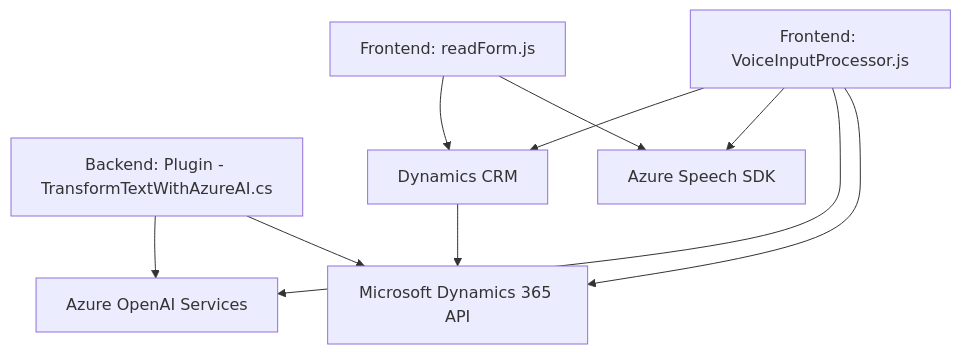
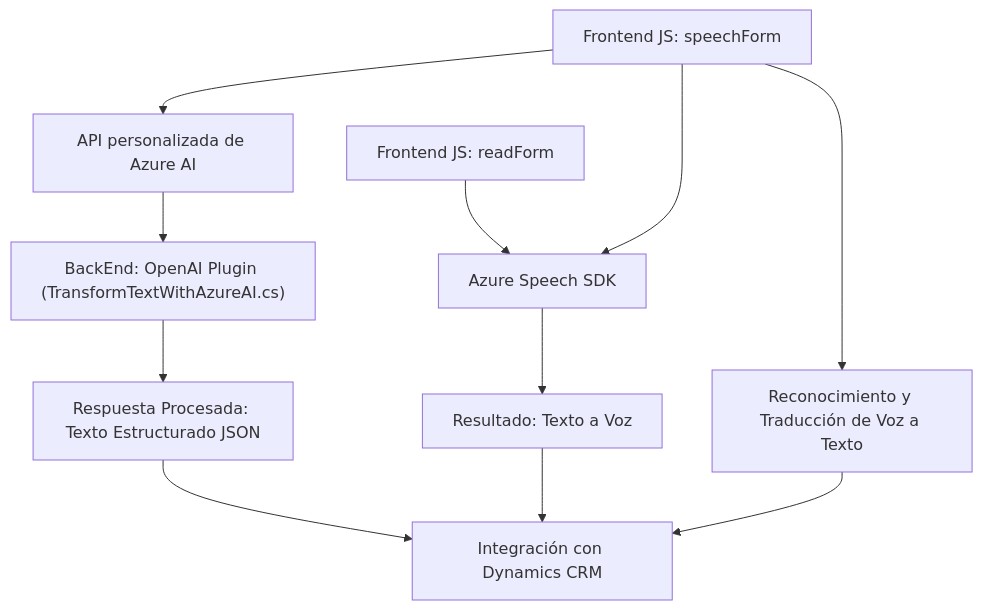
The diagram in README.md (blopezdm/NETCORE_BILBAO2025), drawn with Mermaid before and after one commit. The commit also changed other lines of this file, not shown here.

Commit message:
Actualizar análisis global de la solución con IA

````diff
--- a/README.md
+++ b/README.md
@@ -44,20 +38,13 @@
 ```mermaid
 graph TD
-    A["Frontend: readForm.js"]
-    B["Frontend: VoiceInputProcessor.js"]
-    C["Backend: Plugin - TransformTextWithAzureAI.cs"]
-    D["Dynamics CRM"]
-    E["Azure Speech SDK"]
-    F["Azure OpenAI Services"]
-    G["Microsoft Dynamics 365 API"]
-
-    A --> D
-    A --> E
-    B --> D
-    B --> E
-    B --> F
-    B --> G
-    C --> F
-    C --> G
-    D --> G
+    A["Frontend JS: readForm"] --> B["Azure Speech SDK"]
+    C["Frontend JS: speechForm"] --> B
+    B --> D["Resultado: Texto a Voz"]
+    C --> E["Reconocimiento y Traducción de Voz a Texto"]
+    C --> F["API personalizada de Azure AI"]
+    F --> G["BackEnd: OpenAI Plugin (TransformTextWithAzureAI.cs)"]
+    G --> H["Respuesta Procesada: Texto Estructurado JSON"]
+    H --> I["Integración con Dynamics CRM"]
+    D --> I
+    E --> I
 ```
````
